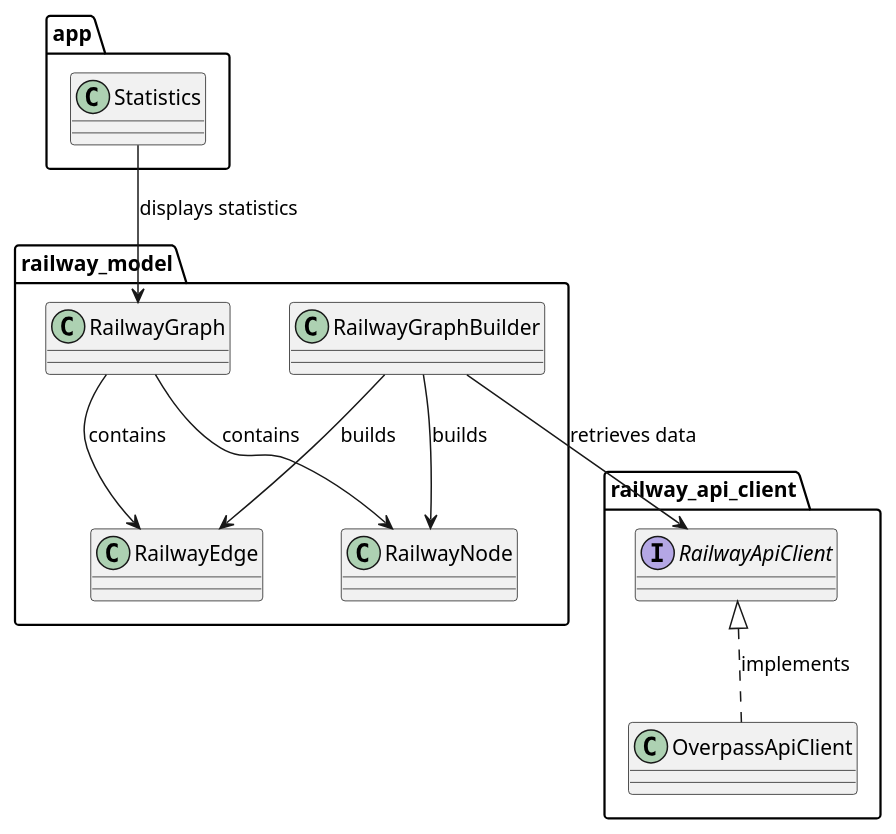
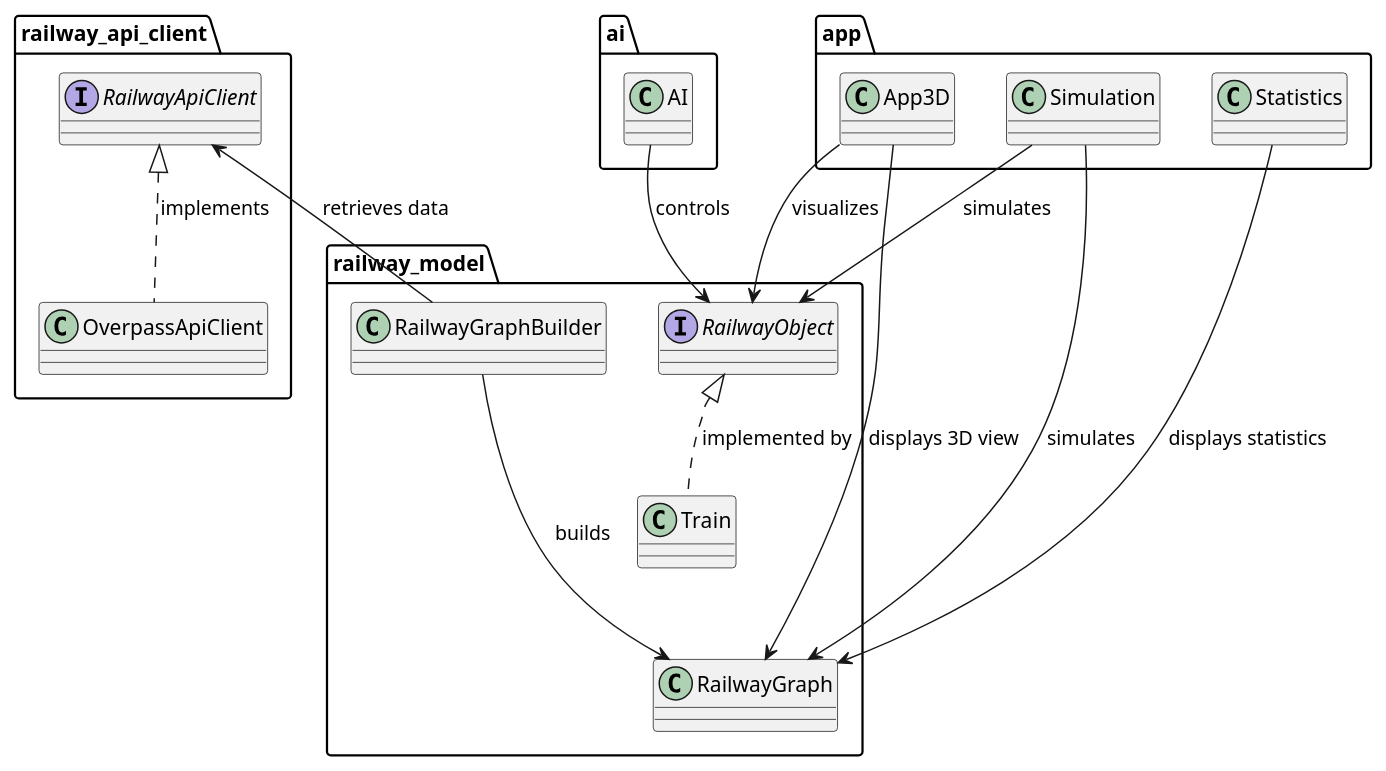
The diagram in overview.puml (chriamue/openrailwaymap-exporter), drawn with PlantUML before and after one commit.

Commit message:
:memo: updates overview diagram

```diff
--- a/overview.puml
+++ b/overview.puml
@@ -1,27 +1,36 @@
 @startuml overview
 
 package "app" {
     class "Statistics" as Statistics
+    class "App3D" as App3D
+    class "Simulation" as Simulation
 }
 
 package "railway_api_client" {
     interface "RailwayApiClient" as RailwayApiClient
     class "OverpassApiClient" as OverpassApiClient
 }
 
 package "railway_model" {
-    class "RailwayEdge" as RailwayEdge
     class "RailwayGraphBuilder" as RailwayGraphBuilder
     class "RailwayGraph" as RailwayGraph
-    class "RailwayNode" as RailwayNode
+    interface "RailwayObject" as RailwayObject
+    class "Train" as Train
+}
+
+package "ai" {
+    class "AI" as AI
 }
 
 Statistics -down-> RailwayGraph : displays statistics
 RailwayApiClient <|.. OverpassApiClient : implements
-RailwayGraphBuilder -down-> RailwayEdge : builds
-RailwayGraphBuilder -down-> RailwayNode : builds
-RailwayGraphBuilder --> RailwayApiClient : retrieves data
-RailwayGraph -down-> RailwayEdge : contains
-RailwayGraph -down-> RailwayNode : contains
+RailwayGraphBuilder -up-> RailwayApiClient : retrieves data
+RailwayGraphBuilder ---> RailwayGraph : builds
+App3D --> RailwayGraph : displays 3D view
+Simulation --> RailwayGraph : simulates
+RailwayObject <|.. Train : implemented by
+Simulation --> RailwayObject : simulates
+App3D --> RailwayObject : visualizes
+AI --> RailwayObject : controls
 
 @enduml
```
